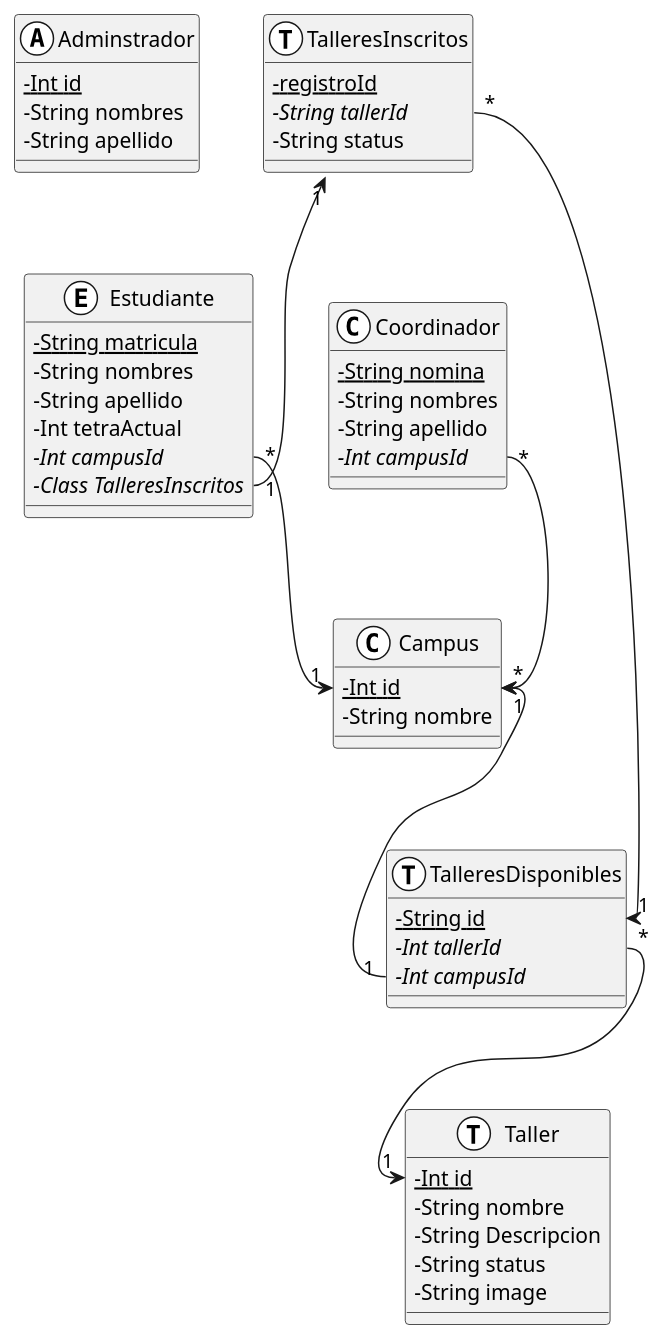
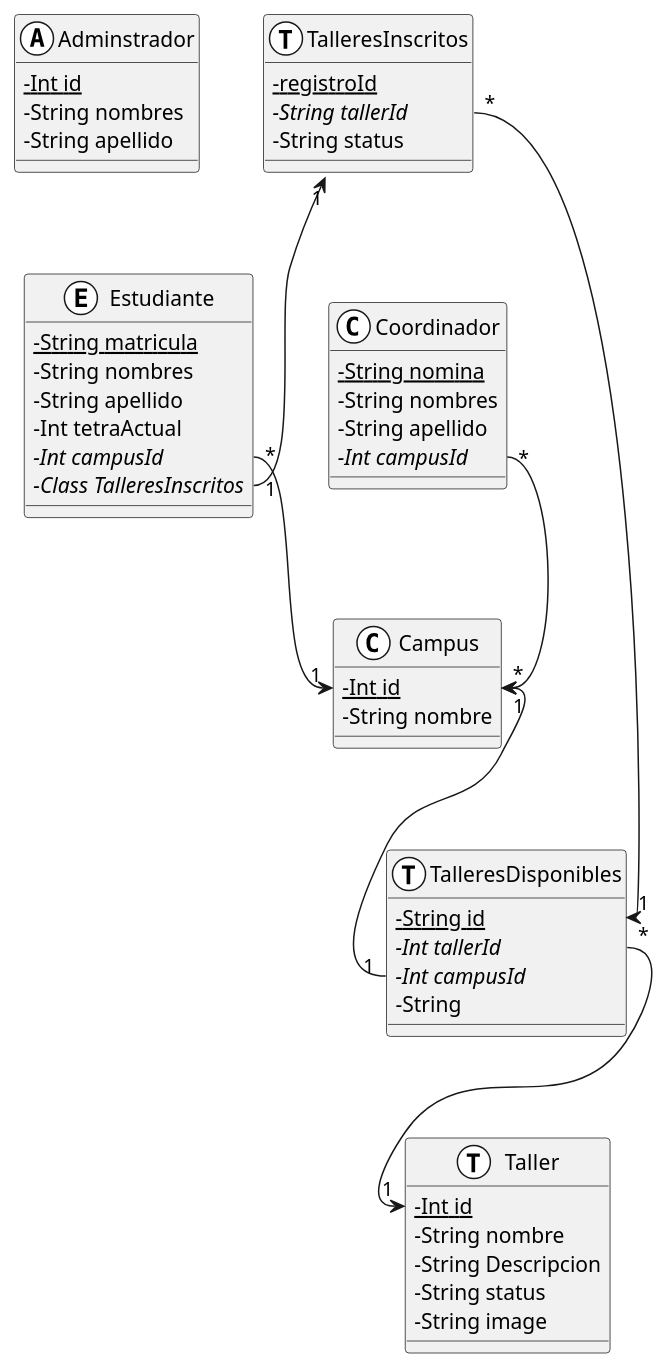
Before and after one commit to facund015/codeRelatedObsidianNotes: the diagram in Reto/Base de datos.md, drawn with PlantUML. The commit also changed 1 other file, not shown here.

Commit message:
vault backup: 2021-10-13 09:33:14

````diff
--- a/Reto/Base de datos.md
+++ b/Reto/Base de datos.md
@@ -2,63 +2,64 @@
 ```plantuml
 @startuml
 skinparam classAttributeIconSize 0
 
 class Adminstrador <<(A,white)>> {
 	{static} -Int id
 	-String nombres
 	-String apellido
 }
 
 class Estudiante <<(E,white)>> {
 	{static} - String matricula
 	-String nombres
 	-String apellido
 	-Int tetraActual
 	{abstract} -Int campusId
 	{abstract} -Class TalleresInscritos
 }
 
 class Campus <<(C,white)>> {
 	{static} -Int id
 	-String nombre
 }
 
 class TalleresInscritos <<(T,white)>> {
 	{static} -registroId 
 	{abstract} -String tallerId
 	-String status
 }
 
 class Coordinador <<(C,white)>> {
 	{static} -String nomina
 	-String nombres
 	-String apellido
 	{abstract} -Int campusId
 }
 
 class Taller <<(T,white)>> {
     {static} -Int id 
     - String nombre
 	- String Descripcion
     - String status
     - String image
 }
 
 class TalleresDisponibles <<(T, white)>> {
 	{static} -String id
 	{abstract} -Int tallerId
 	{abstract} -Int campusId
+	-String 
 }
 
 
 
 
 TalleresInscritos "1" <-- "1" Estudiante::TalleresInscritos
 TalleresInscritos::tallerId "*" --> "1" TalleresDisponibles::id
 TalleresDisponibles::tallerId "*" --> "1" Taller::id
 Campus::id "*" <-- "1" TalleresDisponibles::campusId
 Estudiante::campusId "*" --> "1" Campus::id
 Coordinador::campusId "*" --> "1" Campus::id 
 
 @enduml
 ```
````
